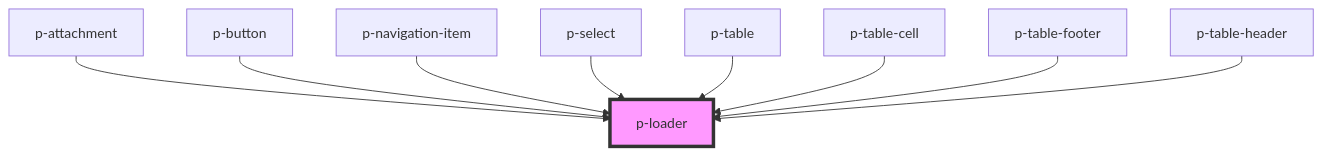
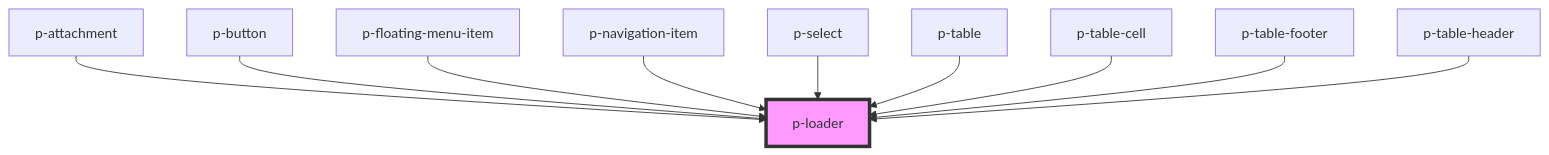
The diagram in packages/core/src/components/atoms/loader/readme.md (Employes/Paperless), drawn with Mermaid before and after one commit. The commit also changed other lines of this file and 23 other files, not shown here.

Commit message:
refactor(atoms/floating-menu/container & item): Apply rebranding & apply to components that use it

````diff
--- a/packages/core/src/components/atoms/loader/readme.md
+++ b/packages/core/src/components/atoms/loader/readme.md
@@ -37,12 +38,13 @@
 ```mermaid
 graph TD;
   p-attachment --> p-loader
   p-button --> p-loader
+  p-floating-menu-item --> p-loader
   p-navigation-item --> p-loader
   p-select --> p-loader
   p-table --> p-loader
   p-table-cell --> p-loader
   p-table-footer --> p-loader
   p-table-header --> p-loader
   style p-loader fill:#f9f,stroke:#333,stroke-width:4px
 ```
````
